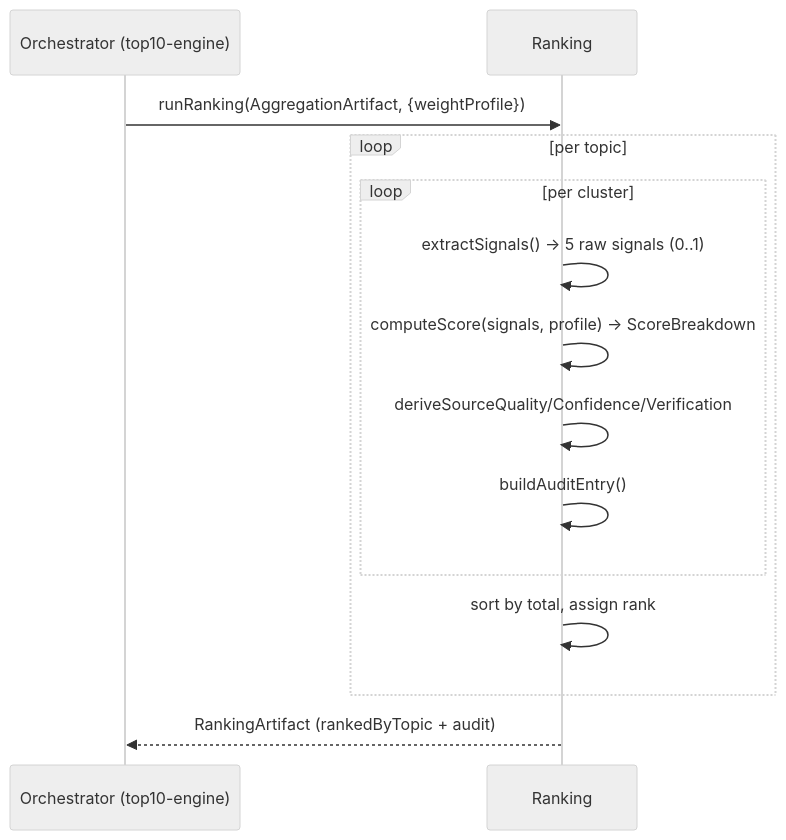
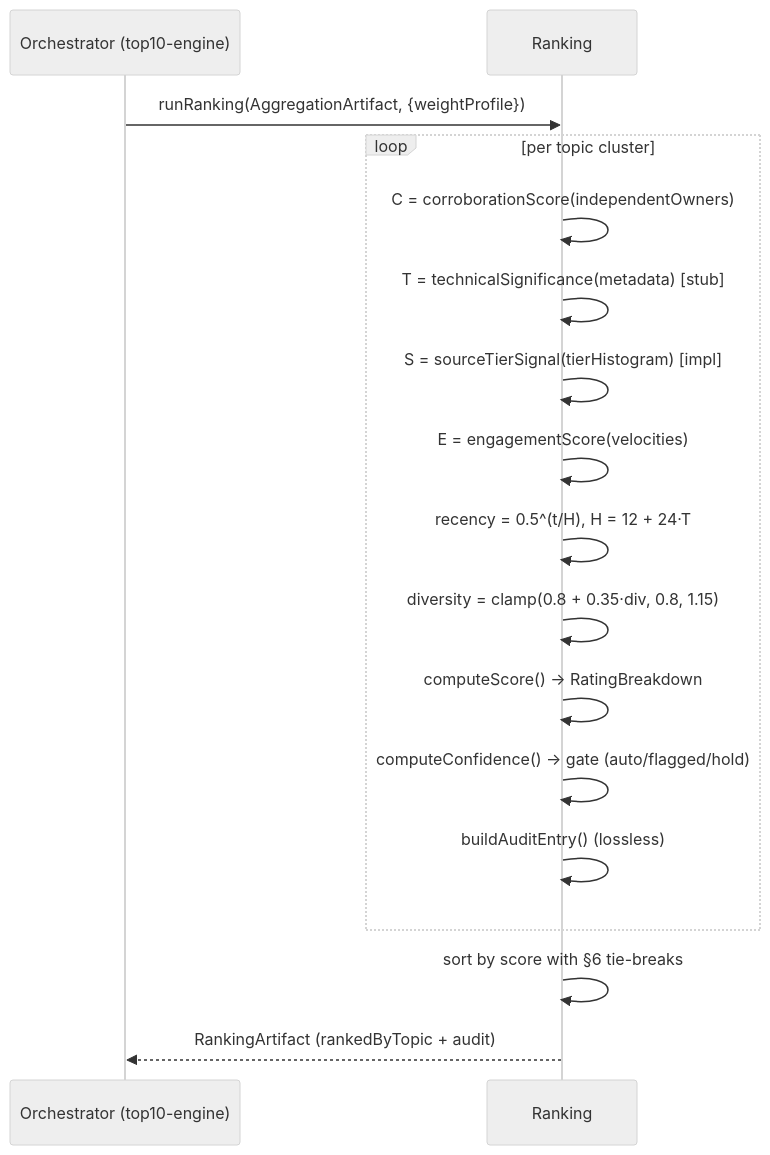
The second of 2 diagrams in docs/spec.md (ArdurAI/ardur-ranking-engine), drawn with Mermaid (neutral theme) before and after one commit. The commit also changed other lines of this file and 8 other files, not shown here.

First line of the commit message:
feat: thread finalized topic-rating model into the engine

````diff
--- a/docs/spec.md
+++ b/docs/spec.md
@@ -33,16 +45,19 @@
 ```mermaid
 sequenceDiagram
   participant O as Orchestrator (top10-engine)
   participant Rk as Ranking
   O->>Rk: runRanking(AggregationArtifact, {weightProfile})
-  loop per topic
-    loop per cluster
-      Rk->>Rk: extractSignals() -> 5 raw signals (0..1)
-      Rk->>Rk: computeScore(signals, profile) -> ScoreBreakdown
-      Rk->>Rk: deriveSourceQuality/Confidence/Verification
-      Rk->>Rk: buildAuditEntry()
-    end
-    Rk->>Rk: sort by total, assign rank
+  loop per topic cluster
+    Rk->>Rk: C = corroborationScore(independentOwners)
+    Rk->>Rk: T = technicalSignificance(metadata)  [stub]
+    Rk->>Rk: S = sourceTierSignal(tierHistogram)   [impl]
+    Rk->>Rk: E = engagementScore(velocities)
+    Rk->>Rk: recency = 0.5^(t/H), H = 12 + 24·T
+    Rk->>Rk: diversity = clamp(0.8 + 0.35·div, 0.8, 1.15)
+    Rk->>Rk: computeScore() → RatingBreakdown
+    Rk->>Rk: computeConfidence() → gate (auto/flagged/hold)
+    Rk->>Rk: buildAuditEntry()  (lossless)
   end
+  Rk->>Rk: sort by score with §6 tie-breaks
   Rk-->>O: RankingArtifact (rankedByTopic + audit)
 ```
````
